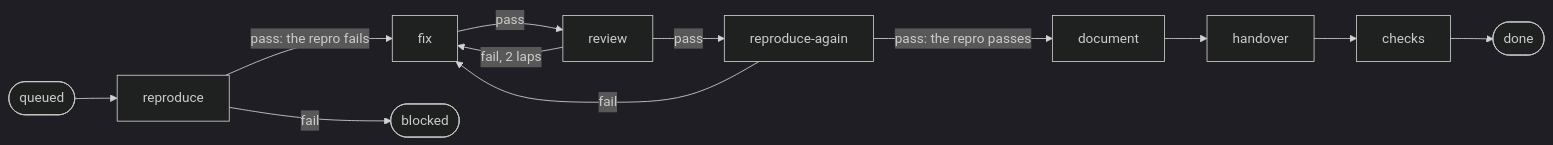
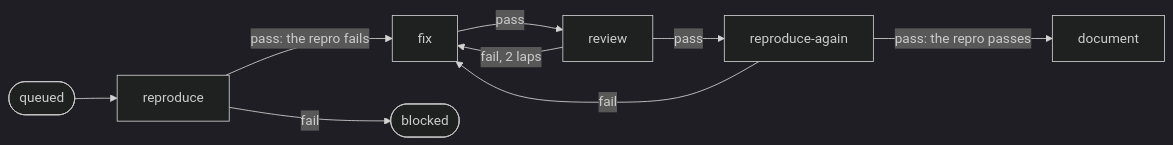
One commit to marvingygas/spoolway changed the fourth of 4 diagrams in docs/pipelines.md. Above: the diagram before and after it, drawn with Mermaid (dark theme). The commit also changed other lines of this file and 16 other files, not shown here.

````diff
--- a/docs/pipelines.md
+++ b/docs/pipelines.md
@@ -389,12 +369,11 @@
 ```mermaid
 flowchart LR
   Q([queued]) --> P[reproduce]
   P -->|pass: the repro fails| F[fix]
   F -->|pass| R[review]
   R -->|pass| A[reproduce-again]
   R -->|fail, 2 laps| F
   A -->|pass: the repro passes| D[document]
   A -->|fail| F
-  D --> H[handover] --> C[checks] --> Z([done])
   P -->|fail| B([blocked])
 ```
````
